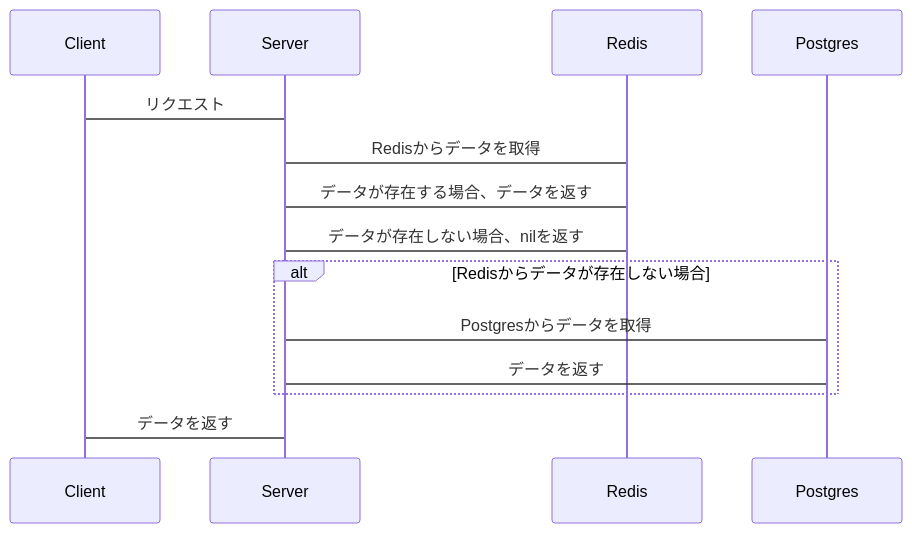
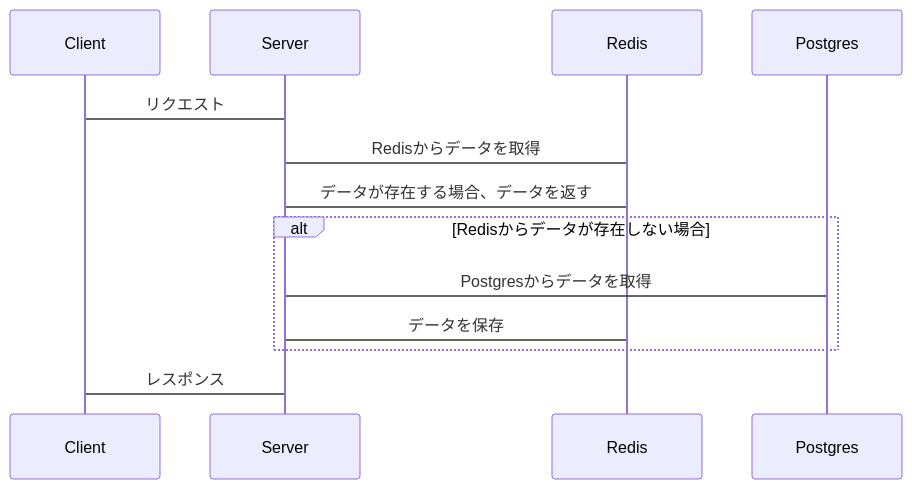
Before and after one commit to yoshihiro-shu/qiita-tech-blog: the diagram in public/improve_redis_by_convert_algorithm.md, drawn with Mermaid.

```diff
--- a/public/improve_redis_by_convert_algorithm.md
+++ b/public/improve_redis_by_convert_algorithm.md
@@ -109,20 +109,19 @@
 ::: mermaid
 sequenceDiagram
   participant Client
   participant Server
   participant Redis
   participant Postgres
 
   Client->Server: リクエスト
 
   Server->Redis: Redisからデータを取得
   Redis->Server: データが存在する場合、データを返す
-  Redis->Server: データが存在しない場合、nilを返す
 
   alt Redisからデータが存在しない場合
     Server->Postgres: Postgresからデータを取得
-    Postgres->Server: データを返す
+    Server->Redis: データを保存
   end
 
-  Server->Client: データを返す
+  Server->Client: レスポンス
 :::
```
